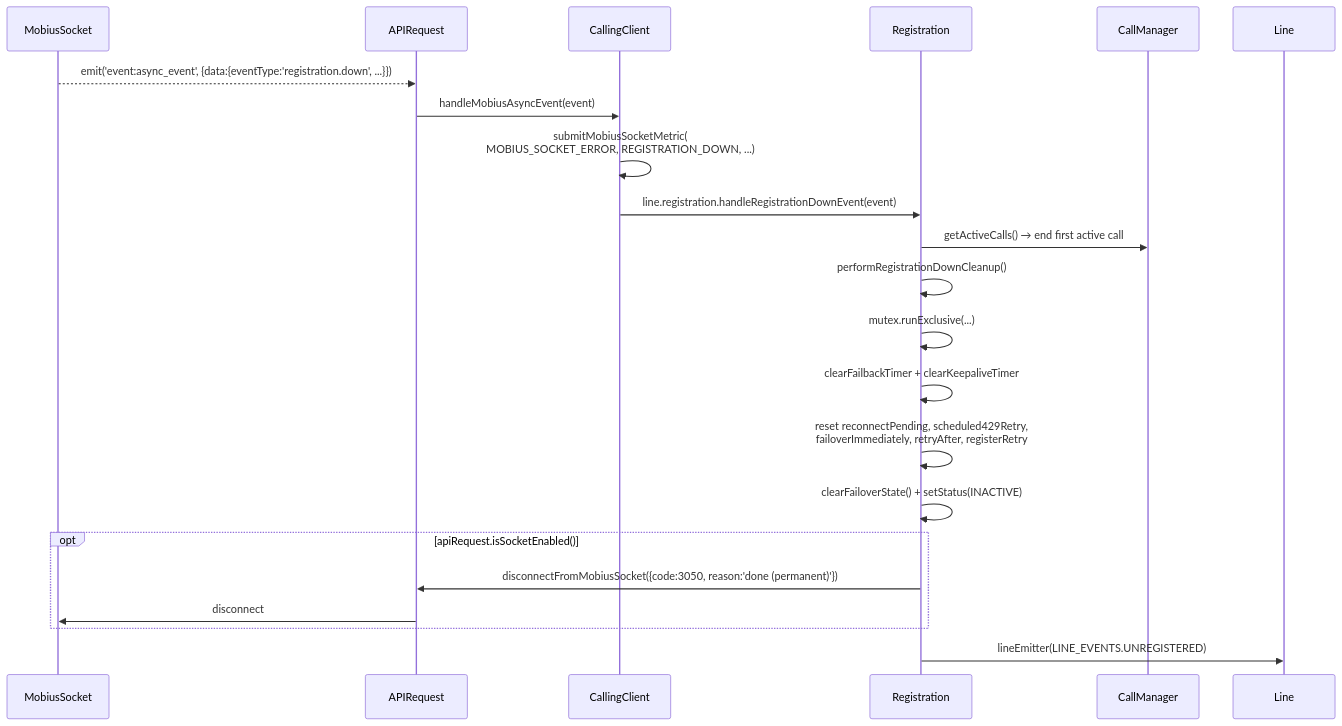
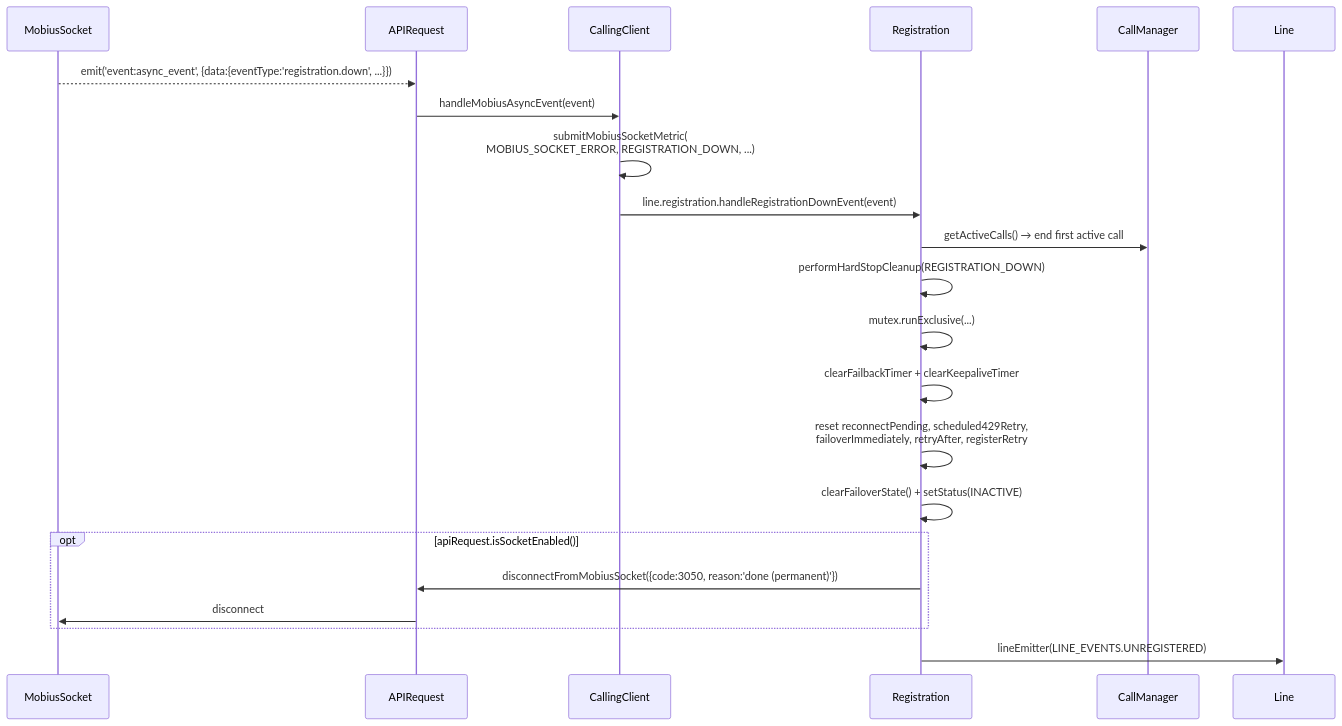
Before and after one commit to webex/webex-js-sdk: the tenth of 11 diagrams in packages/calling/src/CallingClient/registration/ai-docs/ARCHITECTURE.md, drawn with Mermaid. The commit also changed other lines of this file and 18 other files, not shown here.

````diff
--- a/packages/calling/src/CallingClient/registration/ai-docs/ARCHITECTURE.md
+++ b/packages/calling/src/CallingClient/registration/ai-docs/ARCHITECTURE.md
@@ -503,29 +504,29 @@
 ```mermaid
 sequenceDiagram
     participant MS as MobiusSocket
     participant API as APIRequest
     participant CC as CallingClient
     participant Reg as Registration
     participant CM as CallManager
     participant Line as Line
 
     MS-->>API: emit('event:async_event', {data:{eventType:'registration.down', ...}})
     API->>CC: handleMobiusAsyncEvent(event)
     CC->>CC: submitMobiusSocketMetric(<br/>MOBIUS_SOCKET_ERROR, REGISTRATION_DOWN, ...)
     CC->>Reg: line.registration.handleRegistrationDownEvent(event)
 
     Reg->>CM: getActiveCalls() → end first active call
-    Reg->>Reg: performRegistrationDownCleanup()
+    Reg->>Reg: performHardStopCleanup(REGISTRATION_DOWN)
 
     Reg->>Reg: mutex.runExclusive(...)
     Reg->>Reg: clearFailbackTimer + clearKeepaliveTimer
     Reg->>Reg: reset reconnectPending, scheduled429Retry,<br/>failoverImmediately, retryAfter, registerRetry
     Reg->>Reg: clearFailoverState() + setStatus(INACTIVE)
 
     opt apiRequest.isSocketEnabled()
         Reg->>API: disconnectFromMobiusSocket({code:3050, reason:'done (permanent)'})
         API->>MS: disconnect
     end
 
     Reg->>Line: lineEmitter(LINE_EVENTS.UNREGISTERED)
 ```
````
